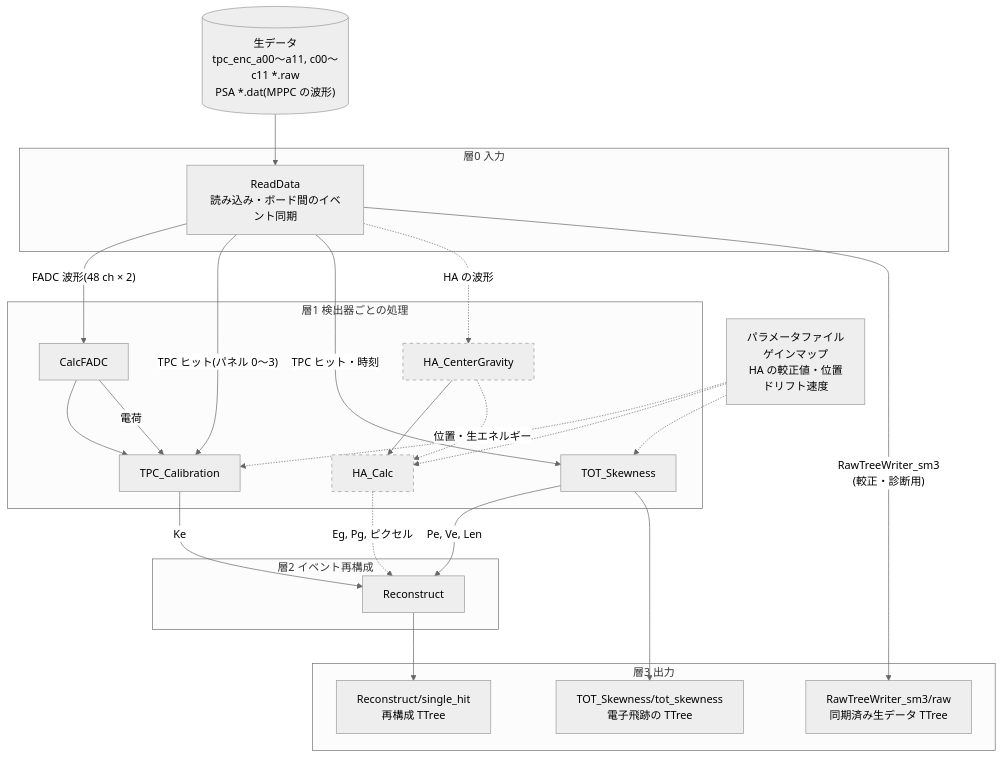
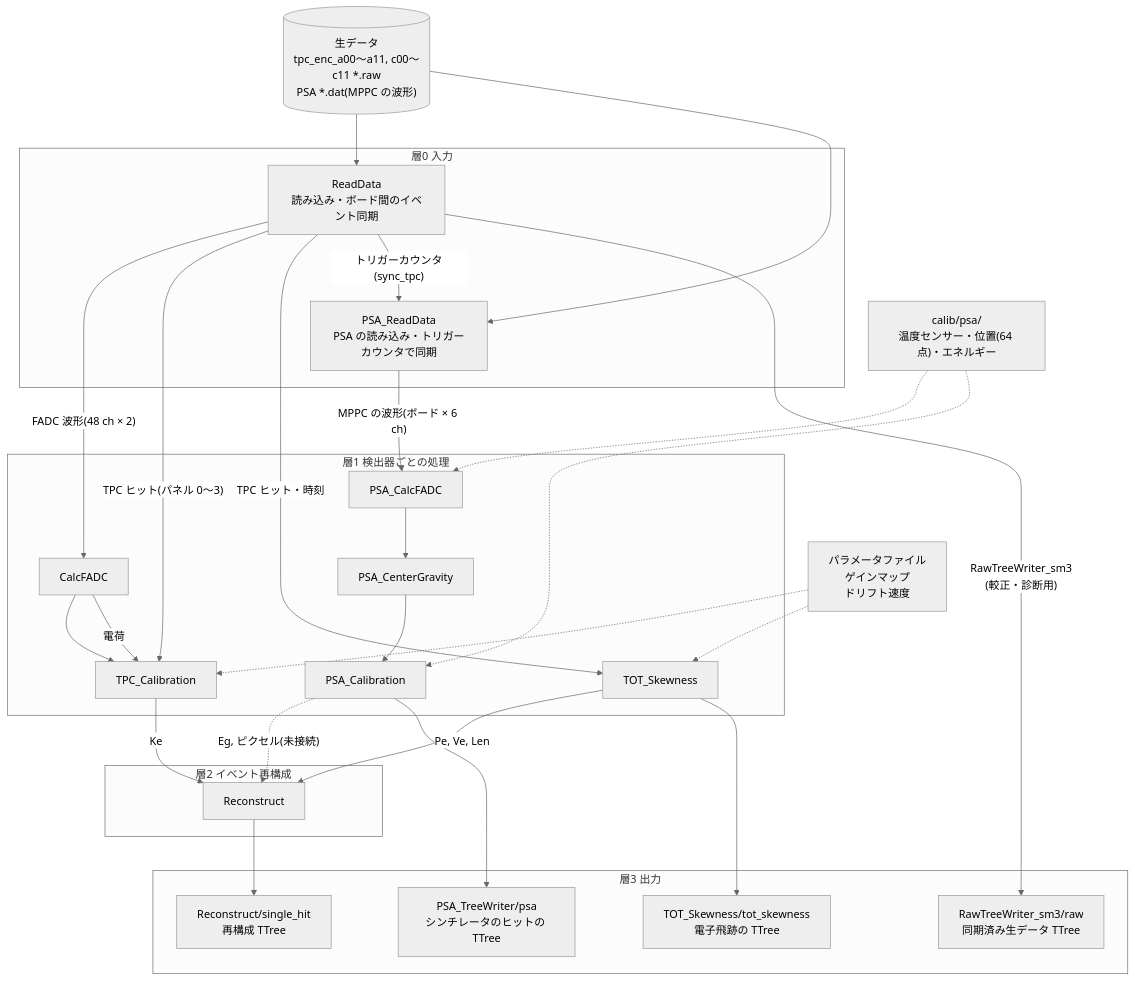
One commit to SMILE-tool-box/EricaNext changed the second of 2 diagrams in README.md. Above: the diagram before and after it, drawn with Mermaid (neutral theme). The commit also changed other lines of this file and 41 other files, not shown here.

First line of the commit message:
PSA modules for the SMILE-3 scintillator: PSA_ReadData, PSA_CalcFADC, PSA_CenterGravity, PSA_Calibration, PSA_TreeWriter

````diff
--- a/README.md
+++ b/README.md
@@ -82,41 +87,45 @@
 ```mermaid
 flowchart TD
   RAW[("生データ<br>tpc_enc_a00〜a11, c00〜c11 *.raw<br>PSA *.dat(MPPC の波形)")]
   subgraph L0["層0 入力"]
     RD["ReadData<br>読み込み・ボード間のイベント同期"]
+    PRD["PSA_ReadData<br>PSA の読み込み・トリガーカウンタで同期"]
   end
   subgraph L1["層1 検出器ごとの処理"]
     CF[CalcFADC] --> TC[TPC_Calibration]
     TOT[TOT_Skewness]
-    HG["HA_CenterGravity"] --> HC["HA_Calc"]
+    PCF[PSA_CalcFADC] --> PCG[PSA_CenterGravity] --> PCAL[PSA_Calibration]
   end
   subgraph L2["層2 イベント再構成"]
     REC[Reconstruct]
   end
   subgraph L3["層3 出力"]
     OUT["Reconstruct/single_hit<br>再構成 TTree"]
     TOTT["TOT_Skewness/tot_skewness<br>電子飛跡の TTree"]
     RAWT["RawTreeWriter_sm3/raw<br>同期済み生データ TTree"]
+    PSAT["PSA_TreeWriter/psa<br>シンチレータのヒットの TTree"]
   end
-  PRM["パラメータファイル<br>ゲインマップ<br>HA の較正値・位置<br>ドリフト速度"]
+  PRM["パラメータファイル<br>ゲインマップ<br>ドリフト速度"]
+  PPRM["calib/psa/<br>温度センサー・位置(64 点)・エネルギー"]
 
   RAW --> RD
+  RAW --> PRD
   PRM -.-> TC
-  PRM -.-> HC
   PRM -.-> TOT
+  PPRM -.-> PCF
+  PPRM -.-> PCAL
   RD -- "FADC 波形(48 ch × 2)" --> CF
   RD -- "TPC ヒット(パネル 0〜3)" --> TC
   RD -- "TPC ヒット・時刻" --> TOT
-  RD -. "HA の波形" .-> HG
+  RD -- "トリガーカウンタ(sync_tpc)" --> PRD
+  PRD -- "MPPC の波形(ボード × 6 ch)" --> PCF
   CF -- "電荷" --> TC
-  HG -. "位置・生エネルギー" .-> HC
   TC -- "Ke" --> REC
-  HC -. "Eg, Pg, ピクセル" .-> REC
+  PCAL -. "Eg, ピクセル(未接続)" .-> REC
+  PCAL --> PSAT
   TOT -- "Pe, Ve, Len" --> REC
   REC --> OUT
   TOT --> TOTT
   RD -- "RawTreeWriter_sm3<br>(較正・診断用)" --> RAWT
 
-  classDef todo stroke-dasharray: 5 5
-  class HG,HC todo
 ```
````
